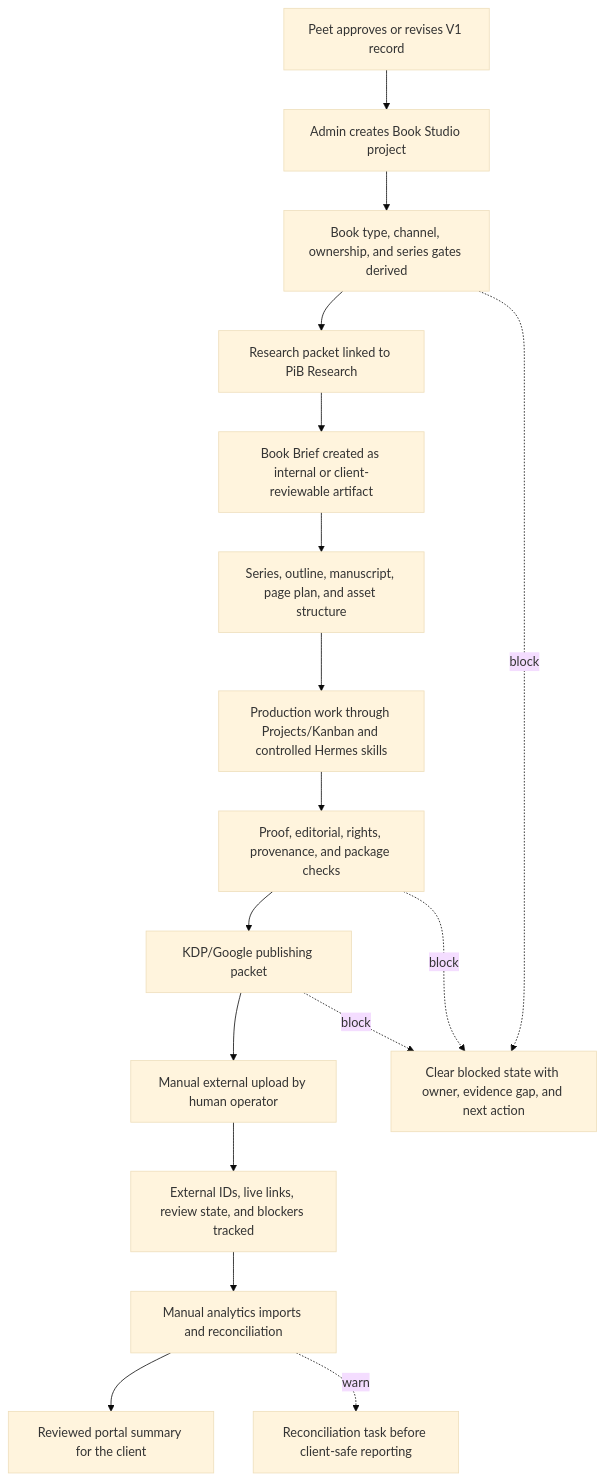
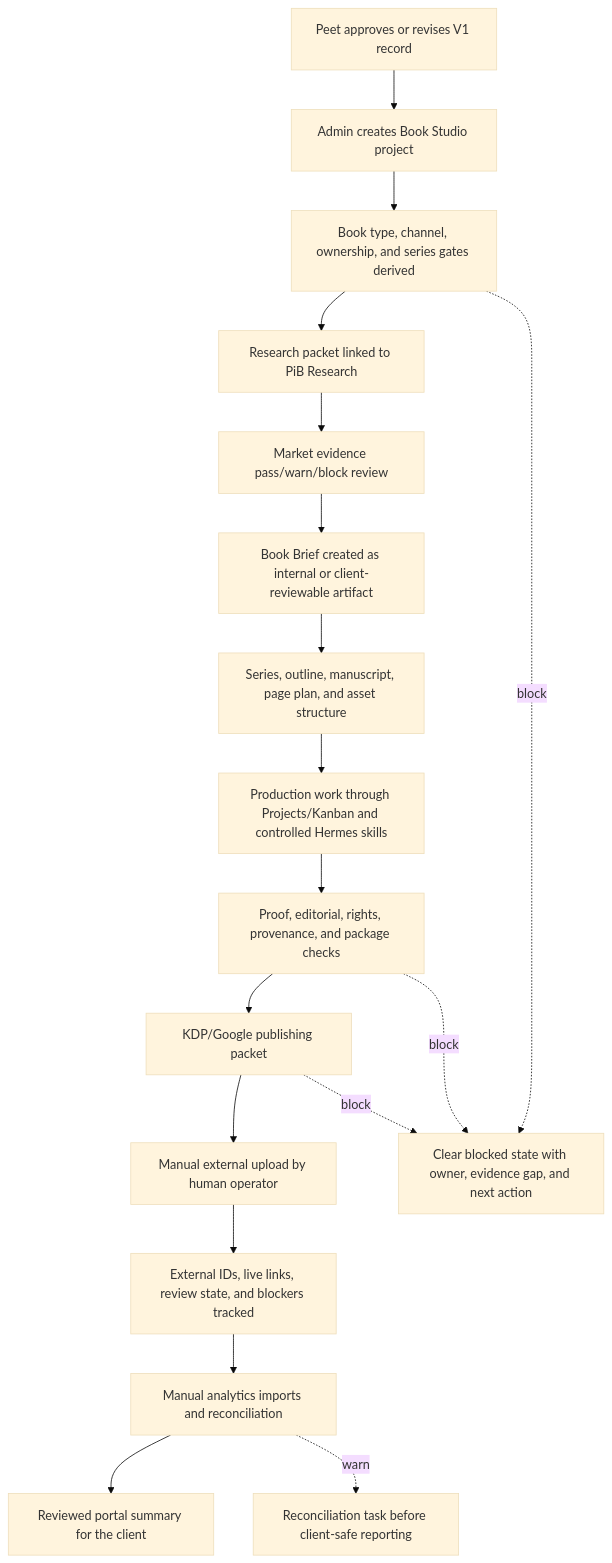
One commit to Partners-in-Biz/partnersinbiz-web changed the first of 2 diagrams in docs/superpowers/specs/2026-06-08-book-studio-v1-platform-workflow-map.md. Above: the diagram before and after it, drawn with Mermaid (base theme). The commit also changed other lines of this file and 16 other files, not shown here.

Commit message:
docs(book-studio): add market evidence gate

````diff
--- a/docs/superpowers/specs/2026-06-08-book-studio-v1-platform-workflow-map.md
+++ b/docs/superpowers/specs/2026-06-08-book-studio-v1-platform-workflow-map.md
@@ -36,20 +37,21 @@
 ```mermaid
 flowchart TD
   approval["Peet approves or revises V1 record"] --> intake["Admin creates Book Studio project"]
   intake --> gates["Book type, channel, ownership, and series gates derived"]
   gates --> research["Research packet linked to PiB Research"]
-  research --> brief["Book Brief created as internal or client-reviewable artifact"]
+  research --> market["Market evidence pass/warn/block review"]
+  market --> brief["Book Brief created as internal or client-reviewable artifact"]
   brief --> structure["Series, outline, manuscript, page plan, and asset structure"]
   structure --> production["Production work through Projects/Kanban and controlled Hermes skills"]
   production --> proof["Proof, editorial, rights, provenance, and package checks"]
   proof --> packet["KDP/Google publishing packet"]
   packet --> upload["Manual external upload by human operator"]
   upload --> status["External IDs, live links, review state, and blockers tracked"]
   status --> analytics["Manual analytics imports and reconciliation"]
   analytics --> portal["Reviewed portal summary for the client"]
 
   gates -. block .-> blocked["Clear blocked state with owner, evidence gap, and next action"]
   proof -. block .-> blocked
   packet -. block .-> blocked
   analytics -. warn .-> reconcile["Reconciliation task before client-safe reporting"]
 ```
````
